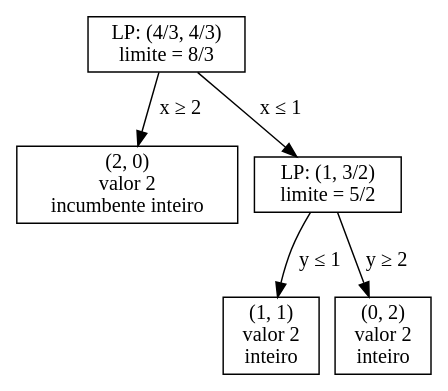
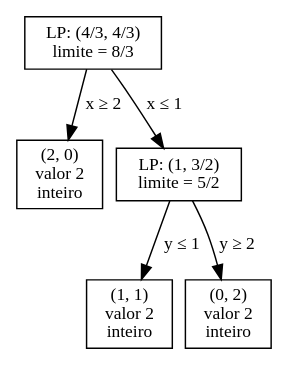
Before and after one commit to rodrgds/resumos: the diagram in src/content/da/inteira-arvore.dot, drawn with Graphviz. The commit also changed 1 other file, not shown here.

```diff
--- a/src/content/da/inteira-arvore.dot
+++ b/src/content/da/inteira-arvore.dot
@@ -1,13 +1,14 @@
 digraph ILP {
-  graph [nodesep=0.15];
-  node [shape=box];
+  graph [nodesep=0.12];
+  node [shape=box, fontsize=12];
+  edge [fontsize=12];
   raiz [label="LP: (4/3, 4/3)\nlimite = 8/3"];
-  direito [label="(2, 0)\nvalor 2\nincumbente inteiro"];
+  direito [label="(2, 0)\nvalor 2\ninteiro"];
   esquerdo [label="LP: (1, 3/2)\nlimite = 5/2"];
   baixo [label="(1, 1)\nvalor 2\ninteiro"];
   cima [label="(0, 2)\nvalor 2\ninteiro"];
   raiz -> direito [label="x ≥ 2"];
   raiz -> esquerdo [label="x ≤ 1"];
   esquerdo -> baixo [label="y ≤ 1"];
   esquerdo -> cima [label="y ≥ 2"];
 }
```
